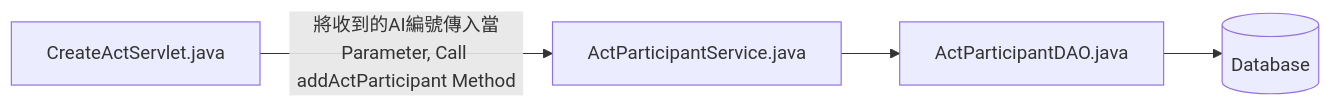
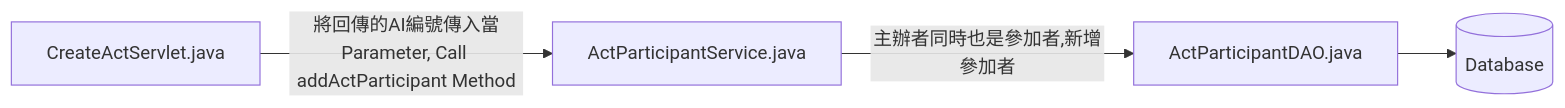
One commit to TLexYuW/CGA103G1OwnPart changed the third of 13 diagrams in README.md. Above: the diagram before and after it, drawn with Mermaid. The commit also changed other lines of this file, not shown here.

Commit message:
LexVaultBackup: 2022-09-11 22:53:53
Affected files:
README.md

````diff
--- a/README.md
+++ b/README.md
@@ -71,5 +68,5 @@
 ```mermaid
 flowchart LR
-	CAS[CreateActServlet.java] -->|將收到的AI編號傳入當Parameter, Call addActParticipant Method| APS[ActParticipantService.java] 
-	--> APDAO[ActParticipantDAO.java] --> DB[(Database)]
+	CAS[CreateActServlet.java] -->|將回傳的AI編號傳入當Parameter, Call addActParticipant Method| APS[ActParticipantService.java] 
+	-->|主辦者同時也是參加者,新增參加者| APDAO[ActParticipantDAO.java] --> DB[(Database)]
 ```
````
